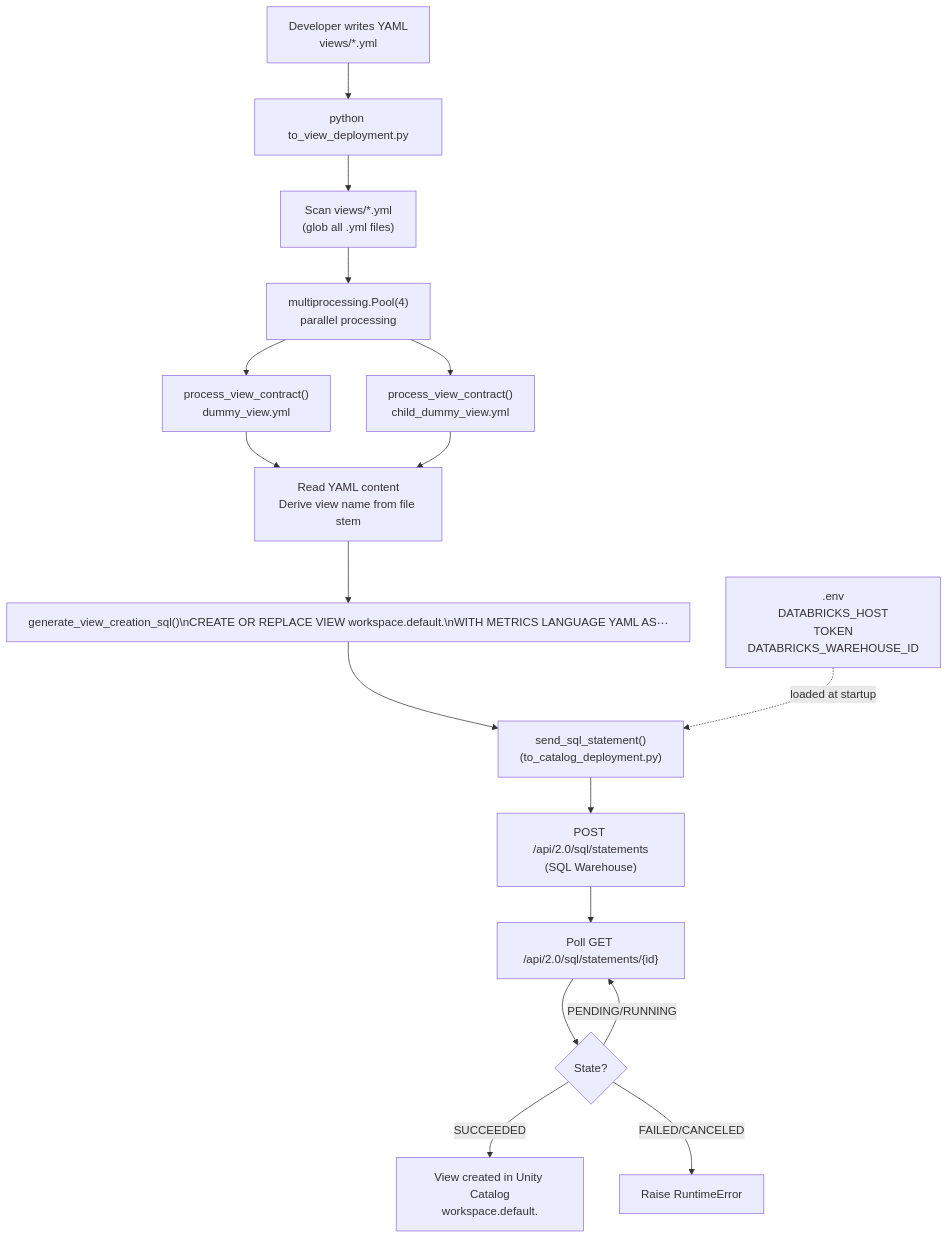
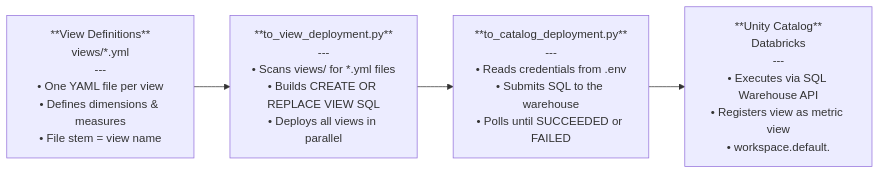
One commit to androdamous/my_databricks changed the diagram in README.md. Above: the diagram before and after it, drawn with Mermaid.

Commit message:
update: refine diagram

````diff
--- a/README.md
+++ b/README.md
@@ -54,27 +54,12 @@
 ```mermaid
-flowchart TD
-    A["Developer writes YAML\nviews/*.yml"] --> B["python to_view_deployment.py"]
+flowchart LR
+    A["**View Definitions**\nviews/*.yml\n---\n• One YAML file per view\n• Defines dimensions & measures\n• File stem = view name"]
 
-    B --> C["Scan views/*.yml\n(glob all .yml files)"]
-    C --> D["multiprocessing.Pool(4)\nparallel processing"]
+    B["**to_view_deployment.py**\n---\n• Scans views/ for *.yml files\n• Builds CREATE OR REPLACE VIEW SQL\n• Deploys all views in parallel"]
 
-    D --> E1["process_view_contract()\ndummy_view.yml"]
-    D --> E2["process_view_contract()\nchild_dummy_view.yml"]
+    C["**to_catalog_deployment.py**\n---\n• Reads credentials from .env\n• Submits SQL to the warehouse\n• Polls until SUCCEEDED or FAILED"]
 
-    E1 --> F["Read YAML content\nDerive view name from file stem"]
-    E2 --> F
+    D["**Unity Catalog**\nDatabricks\n---\n• Executes via SQL Warehouse API\n• Registers view as metric view\n• workspace.default.<view_name>"]
 
-    F --> G["generate_view_creation_sql()\nCREATE OR REPLACE VIEW workspace.default.<name>\nWITH METRICS LANGUAGE YAML AS $$ ... $$"]
-
-    G --> H["send_sql_statement()\n(to_catalog_deployment.py)"]
-
-    ENV[".env\nDATABRICKS_HOST\nTOKEN\nDATABRICKS_WAREHOUSE_ID"] -. "loaded at startup" .-> H
-
-    H --> I["POST /api/2.0/sql/statements\n(SQL Warehouse)"]
-    I --> J["Poll GET /api/2.0/sql/statements/{id}"]
-
-    J --> K{State?}
-    K -->|SUCCEEDED| L["View created in Unity Catalog\nworkspace.default.<view_name>"]
-    K -->|PENDING/RUNNING| J
-    K -->|FAILED/CANCELED| M["Raise RuntimeError"]
+    A --> B --> C --> D
 ```
````
